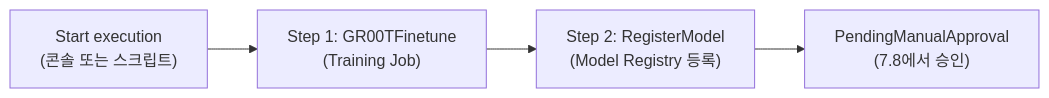
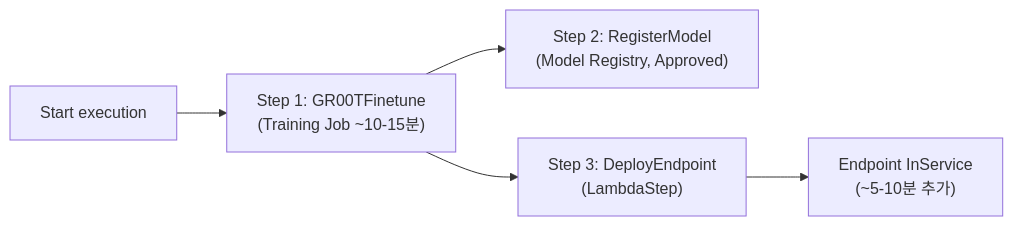
Before and after one commit to seokjushin/physical-ai-aws-docs: the second of 3 diagrams in physical-ai-on-aws-guide/nvidia-isaac-lab-on-aws/7.-finetune-sagemaker.md, drawn with Mermaid. The commit also changed other lines of this file, not shown here.

````diff
--- a/physical-ai-on-aws-guide/nvidia-isaac-lab-on-aws/7.-finetune-sagemaker.md
+++ b/physical-ai-on-aws-guide/nvidia-isaac-lab-on-aws/7.-finetune-sagemaker.md
@@ -515,6 +548,7 @@
 ```mermaid
 flowchart LR
-    Start["Start execution\n(콘솔 또는 스크립트)"] --> Step1["Step 1: GR00TFinetune\n(Training Job)"]
-    Step1 --> Step2["Step 2: RegisterModel\n(Model Registry 등록)"]
-    Step2 --> Wait["PendingManualApproval\n(7.8에서 승인)"]
+    Start["Start execution"] --> Step1["Step 1: GR00TFinetune\n(Training Job ~10-15분)"]
+    Step1 --> Step2["Step 2: RegisterModel\n(Model Registry, Approved)"]
+    Step1 --> Step3["Step 3: DeployEndpoint\n(LambdaStep)"]
+    Step3 --> EP["Endpoint InService\n(~5-10분 추가)"]
 ```
````
